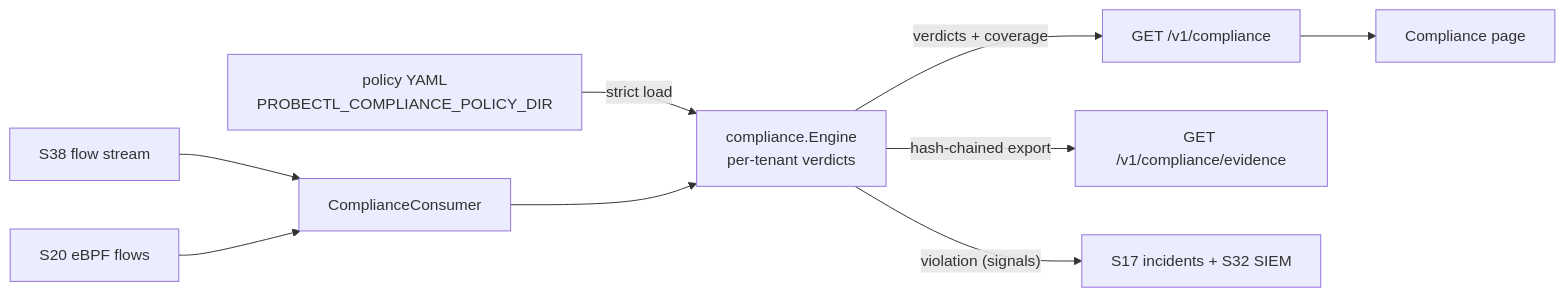
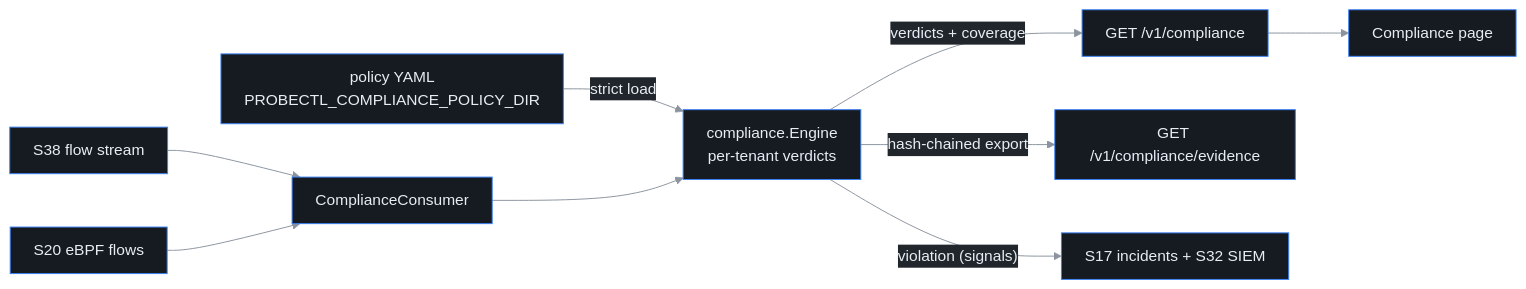
The diagram in docs/compliance.md (imfeelingtheagi/probectl), drawn with Mermaid before and after one commit. The commit also changed 32 other files, not shown here.

First line of the commit message:
docs: apply branded dark mermaid theme across all diagrams; drop banner subline

````diff
--- a/docs/compliance.md
+++ b/docs/compliance.md
@@ -82,11 +82,12 @@
 ```mermaid
+%%{init: {'theme':'base','themeVariables':{'background':'#0d1117','primaryColor':'#161b22','primaryTextColor':'#e6edf3','primaryBorderColor':'#3b82f6','lineColor':'#8b949e','secondaryColor':'#21262d','tertiaryColor':'#0d1117','clusterBkg':'#161b22','clusterBorder':'#30363d','fontFamily':'ui-monospace, SFMono-Regular, Menlo, monospace'},'flowchart':{'curve':'basis','nodeSpacing':55,'rankSpacing':55,'padding':12}}}%%
 flowchart LR
   FL[S38 flow stream] --> CC[ComplianceConsumer]
   EB[S20 eBPF flows] --> CC
   POL[policy YAML<br/>PROBECTL_COMPLIANCE_POLICY_DIR] -->|strict load| E[compliance.Engine<br/>per-tenant verdicts]
   CC --> E
   E -->|verdicts + coverage| API[GET /v1/compliance]
   E -->|hash-chained export| EV[GET /v1/compliance/evidence]
   E -->|"violation (signals)"| INC[S17 incidents + S32 SIEM]
   API --> UI[Compliance page]
 ```
````
